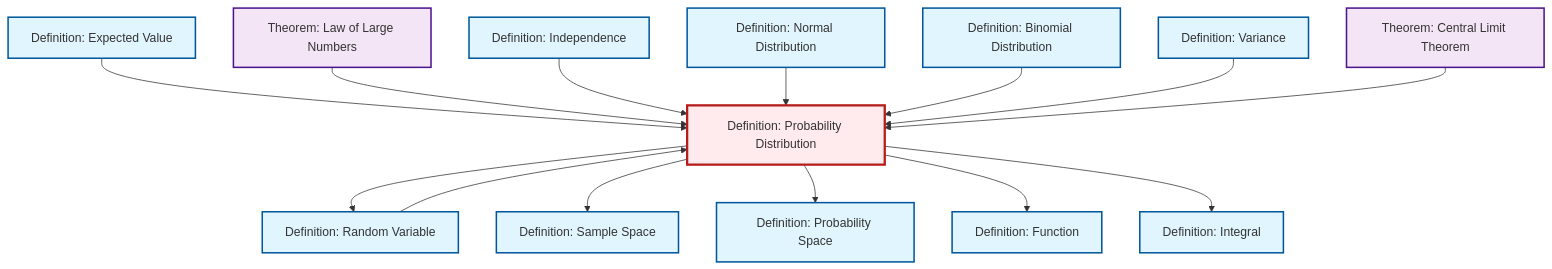
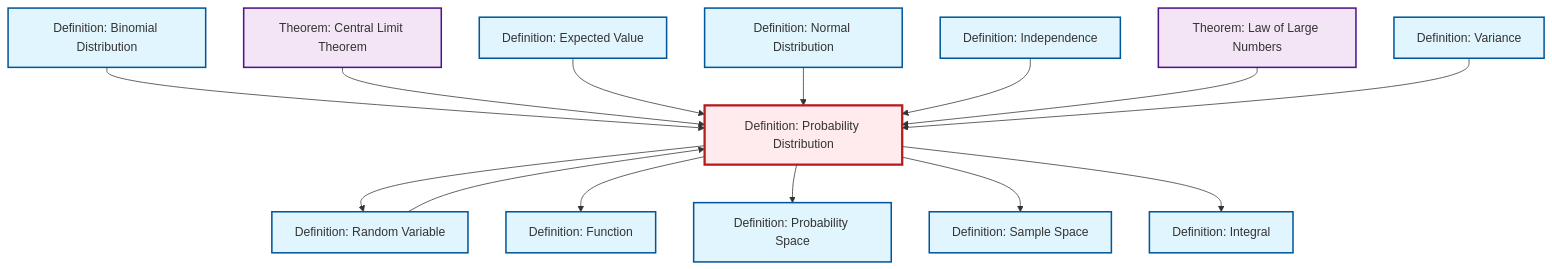
The diagram in content/en/probability-statistics/def-probability-distribution.qmd (RK0429/ModernMath), drawn with Mermaid before and after one commit. The commit also changed other lines of this file and 1069 other files, not shown here.

````diff
--- a/content/en/probability-statistics/def-probability-distribution.qmd
+++ b/content/en/probability-statistics/def-probability-distribution.qmd
@@ -99,48 +99,48 @@
 ```{mermaid}
 %%| fig-cap: "Local dependency graph"
 graph TD
     classDef definition fill:#e1f5fe,stroke:#01579b,stroke-width:2px
     classDef theorem fill:#f3e5f5,stroke:#4a148c,stroke-width:2px
     classDef axiom fill:#fff3e0,stroke:#e65100,stroke-width:2px
     classDef example fill:#e8f5e9,stroke:#1b5e20,stroke-width:2px
     classDef current fill:#ffebee,stroke:#b71c1c,stroke-width:3px
-    def-binomial-distribution["Definition: Binomial Distribution"]:::definition
-    def-normal-distribution["Definition: Normal Distribution"]:::definition
-    thm-law-of-large-numbers["Theorem: Law of Large Numbers"]:::theorem
-    def-probability-distribution["Definition: Probability Distribution"]:::definition
-    def-variance["Definition: Variance"]:::definition
+    def-sample-space["Definition: Sample Space"]:::definition
+    def-integral["Definition: Integral"]:::definition
     def-expectation["Definition: Expected Value"]:::definition
-    def-random-variable["Definition: Random Variable"]:::definition
-    def-independence["Definition: Independence"]:::definition
     thm-central-limit["Theorem: Central Limit Theorem"]:::theorem
     def-function["Definition: Function"]:::definition
-    def-sample-space["Definition: Sample Space"]:::definition
-    def-integral["Definition: Integral"]:::definition
+    def-binomial-distribution["Definition: Binomial Distribution"]:::definition
+    def-random-variable["Definition: Random Variable"]:::definition
+    def-variance["Definition: Variance"]:::definition
     def-probability-space["Definition: Probability Space"]:::definition
+    thm-law-of-large-numbers["Theorem: Law of Large Numbers"]:::theorem
+    def-independence["Definition: Independence"]:::definition
+    def-probability-distribution["Definition: Probability Distribution"]:::definition
+    def-normal-distribution["Definition: Normal Distribution"]:::definition
+    def-probability-distribution --> def-random-variable
+    def-probability-distribution --> def-function
+    def-binomial-distribution --> def-probability-distribution
+    def-probability-distribution --> def-probability-space
+    thm-central-limit --> def-probability-distribution
     def-expectation --> def-probability-distribution
+    def-normal-distribution --> def-probability-distribution
+    def-independence --> def-probability-distribution
+    def-random-variable --> def-probability-distribution
+    def-probability-distribution --> def-sample-space
     thm-law-of-large-numbers --> def-probability-distribution
-    def-probability-distribution --> def-random-variable
-    def-probability-distribution --> def-sample-space
-    def-random-variable --> def-probability-distribution
-    def-independence --> def-probability-distribution
-    def-probability-distribution --> def-probability-space
-    def-probability-distribution --> def-function
-    def-normal-distribution --> def-probability-distribution
     def-probability-distribution --> def-integral
-    def-binomial-distribution --> def-probability-distribution
     def-variance --> def-probability-distribution
-    thm-central-limit --> def-probability-distribution
     class def-probability-distribution current
-    click def-binomial-distribution "def-binomial-distribution.html" "Go to Binomial Distribution definition"
-    click def-normal-distribution "def-normal-distribution.html" "Go to Normal Distribution definition"
-    click thm-law-of-large-numbers "thm-law-of-large-numbers.html" "Go to Law of Large Numbers theorem"
-    click def-variance "def-variance.html" "Go to Variance definition"
+    click def-sample-space "def-sample-space.html" "Go to Sample Space definition"
+    click def-integral "def-integral.html" "Go to Integral definition"
     click def-expectation "def-expectation.html" "Go to Expected Value definition"
-    click def-random-variable "def-random-variable.html" "Go to Random Variable definition"
-    click def-independence "def-independence.html" "Go to Independence definition"
     click thm-central-limit "thm-central-limit.html" "Go to Central Limit Theorem theorem"
     click def-function "def-function.html" "Go to Function definition"
-    click def-sample-space "def-sample-space.html" "Go to Sample Space definition"
-    click def-integral "def-integral.html" "Go to Integral definition"
+    click def-binomial-distribution "def-binomial-distribution.html" "Go to Binomial Distribution definition"
+    click def-random-variable "def-random-variable.html" "Go to Random Variable definition"
+    click def-variance "def-variance.html" "Go to Variance definition"
     click def-probability-space "def-probability-space.html" "Go to Probability Space definition"
+    click thm-law-of-large-numbers "thm-law-of-large-numbers.html" "Go to Law of Large Numbers theorem"
+    click def-independence "def-independence.html" "Go to Independence definition"
+    click def-normal-distribution "def-normal-distribution.html" "Go to Normal Distribution definition"
 ```
````
